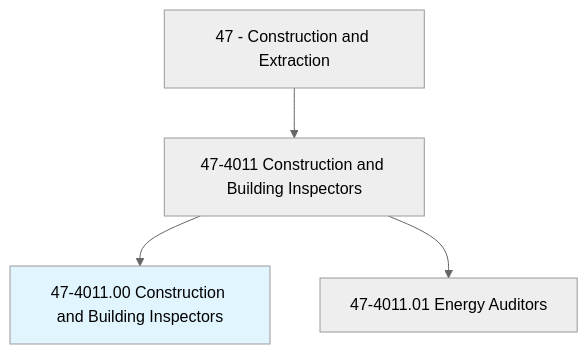
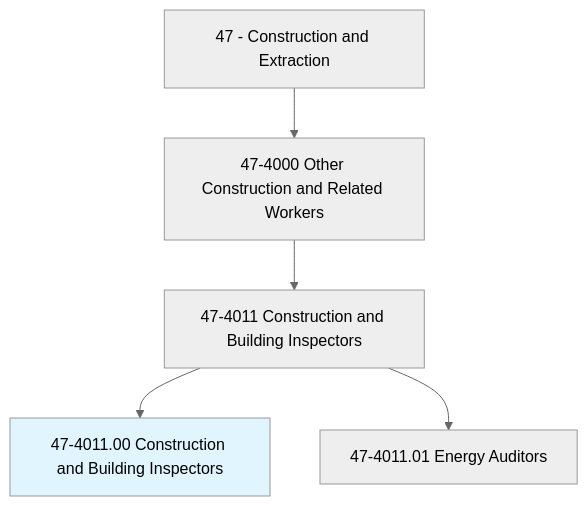
One commit to kziemski/business.org.ai changed the first of 4 diagrams in occupations/Construction/ConstructionAndBuildingInspectors.mdx. Above: the diagram before and after it, drawn with Mermaid (neutral theme). The commit also changed other lines of this file and 938 other files, not shown here.

````diff
--- a/occupations/Construction/ConstructionAndBuildingInspectors.mdx
+++ b/occupations/Construction/ConstructionAndBuildingInspectors.mdx
@@ -19,7 +23,8 @@
 ```mermaid
 graph TD
-    Cat47["47 - Construction and Extraction"] --> Group474011["47-4011 Construction and Building Inspectors"]
-    Group474011 --> Current["47-4011.00 Construction and Building Inspectors"]
+    Cat47["47 - Construction and Extraction"] --> Group474["47-4000 Other Construction and Related Workers"]
+    Group474 --> Group4740["47-4011 Construction and Building Inspectors"]
+    Group4740 --> Current["47-4011.00 Construction and Building Inspectors"]
+    Group4740 --> Energy["47-4011.01 Energy Auditors"]
     style Current fill:#e1f5fe
-    Group474011 --> V47401101["47-4011.01 Energy Auditors"]
 ```
````
